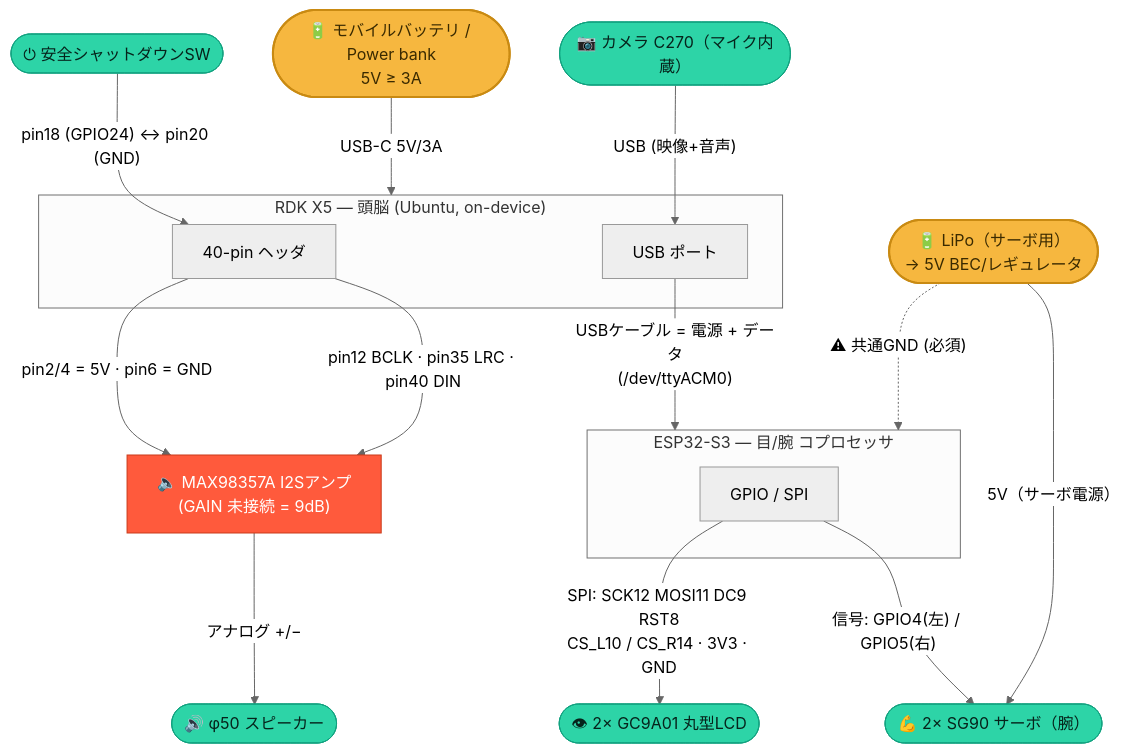
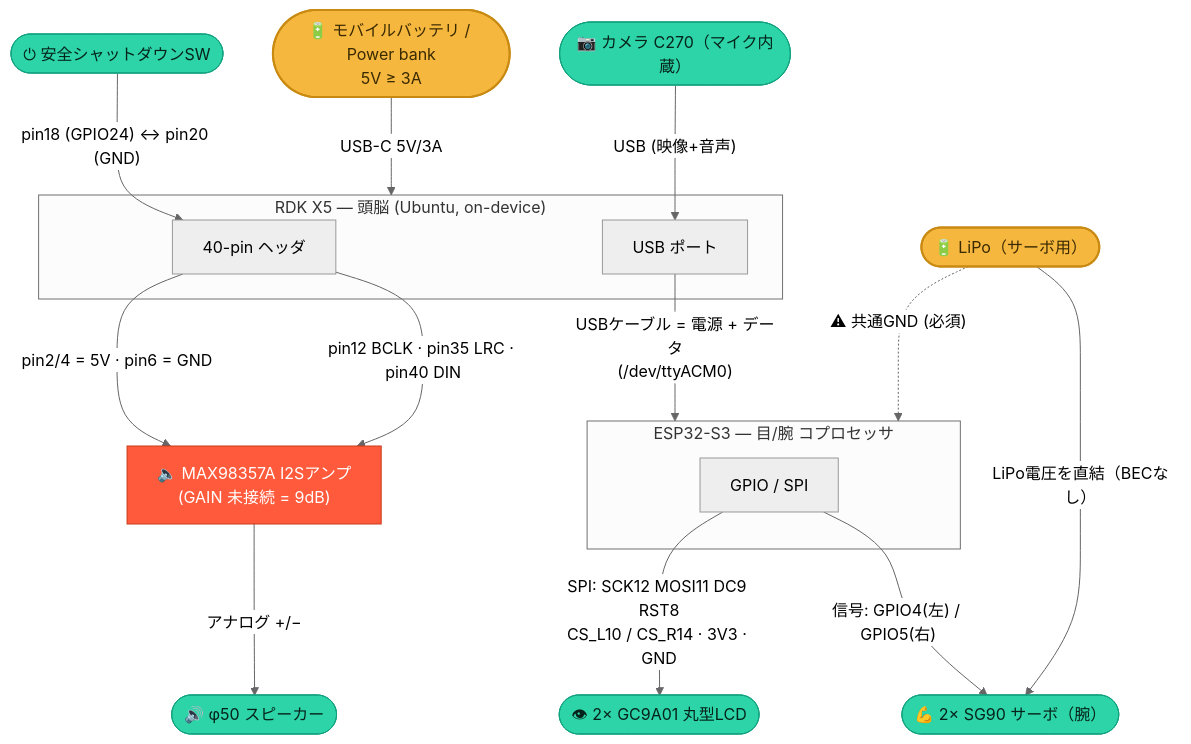
The diagram in docs/wiring.md (gurimaruking/corosuke-robot), drawn with Mermaid (neutral theme) before and after one commit. The commit also changed other lines of this file and 8 other files, not shown here.

First line of the commit message:
slides+docs: 接続図スライドを追加(5枚)+ wiring JPG/PNG + サーボはLiPo直結(BECなし)に訂正

````diff
--- a/docs/wiring.md
+++ b/docs/wiring.md
@@ -6,32 +6,32 @@
 ```mermaid
 flowchart TB
   PB(["🔋 モバイルバッテリ / Power bank<br/>5V ≥ 3A"]):::pwr
-  LIPO(["🔋 LiPo（サーボ用）<br/>→ 5V BEC/レギュレータ"]):::pwr
+  LIPO(["🔋 LiPo（サーボ用）"]):::pwr
 
   subgraph RDK["RDK X5 — 頭脳 (Ubuntu, on-device)"]
     P40["40-pin ヘッダ"]
     USBH["USB ポート"]
   end
 
   subgraph ESP["ESP32-S3 — 目/腕 コプロセッサ"]
     EG["GPIO / SPI"]
   end
 
   PB  -->|"USB-C 5V/3A"| RDK
   CAM(["📷 カメラ C270（マイク内蔵）"]):::io -->|"USB (映像+音声)"| USBH
   BTN(["⏻ 安全シャットダウンSW"]):::io -->|"pin18 (GPIO24) ↔ pin20 (GND)"| P40
   USBH -->|"USBケーブル = 電源 + データ<br/>(/dev/ttyACM0)"| ESP
 
   P40 -->|"pin2/4 = 5V · pin6 = GND"| AMP
   P40 -->|"pin12 BCLK · pin35 LRC · pin40 DIN"| AMP
   AMP["🔈 MAX98357A I2Sアンプ<br/>(GAIN 未接続 = 9dB)"]:::amp -->|"アナログ +/−"| SPK(["🔊 φ50 スピーカー"]):::io
 
   EG -->|"SPI: SCK12 MOSI11 DC9 RST8<br/>CS_L10 / CS_R14 · 3V3 · GND"| EYES(["👁 2× GC9A01 丸型LCD"]):::io
   EG -->|"信号: GPIO4(左) / GPIO5(右)"| SRV(["💪 2× SG90 サーボ（腕）"]):::io
-  LIPO -->|"5V（サーボ電源）"| SRV
+  LIPO -->|"LiPo電圧を直結（BECなし）"| SRV
   LIPO -.->|"⚠ 共通GND (必須)"| ESP
 
   classDef pwr fill:#f6b73f,color:#3a2a00,stroke:#c98a12,stroke-width:2px;
   classDef io  fill:#2dd4a7,color:#06231b,stroke:#12a17f;
   classDef amp fill:#ff5a3c,color:#fff,stroke:#c93b1a;
 ```
````
